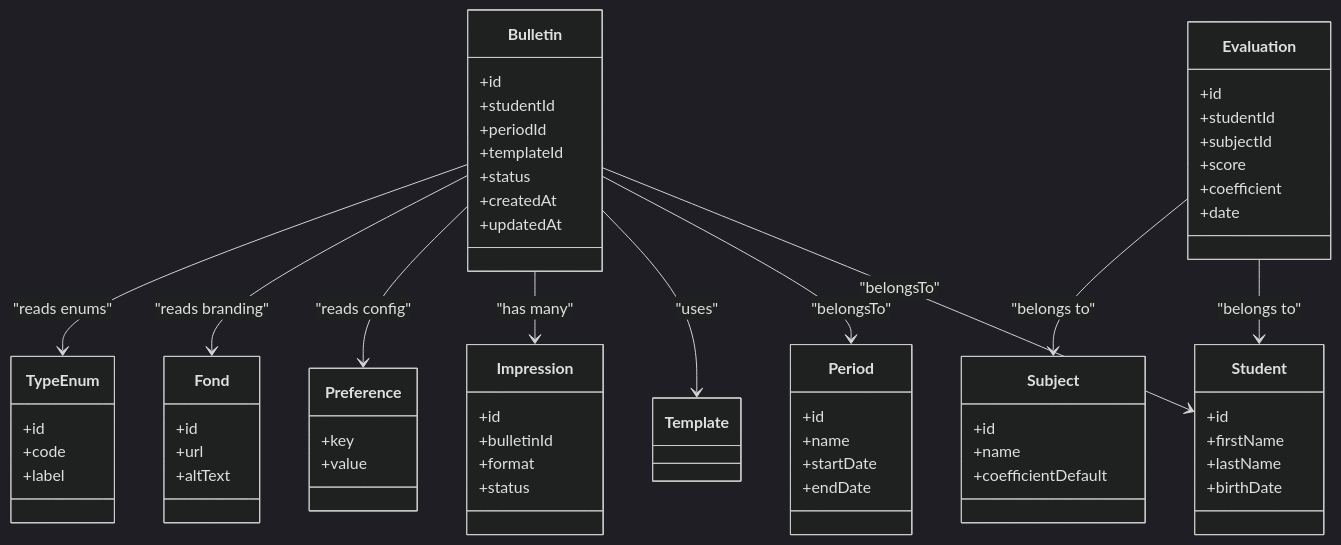
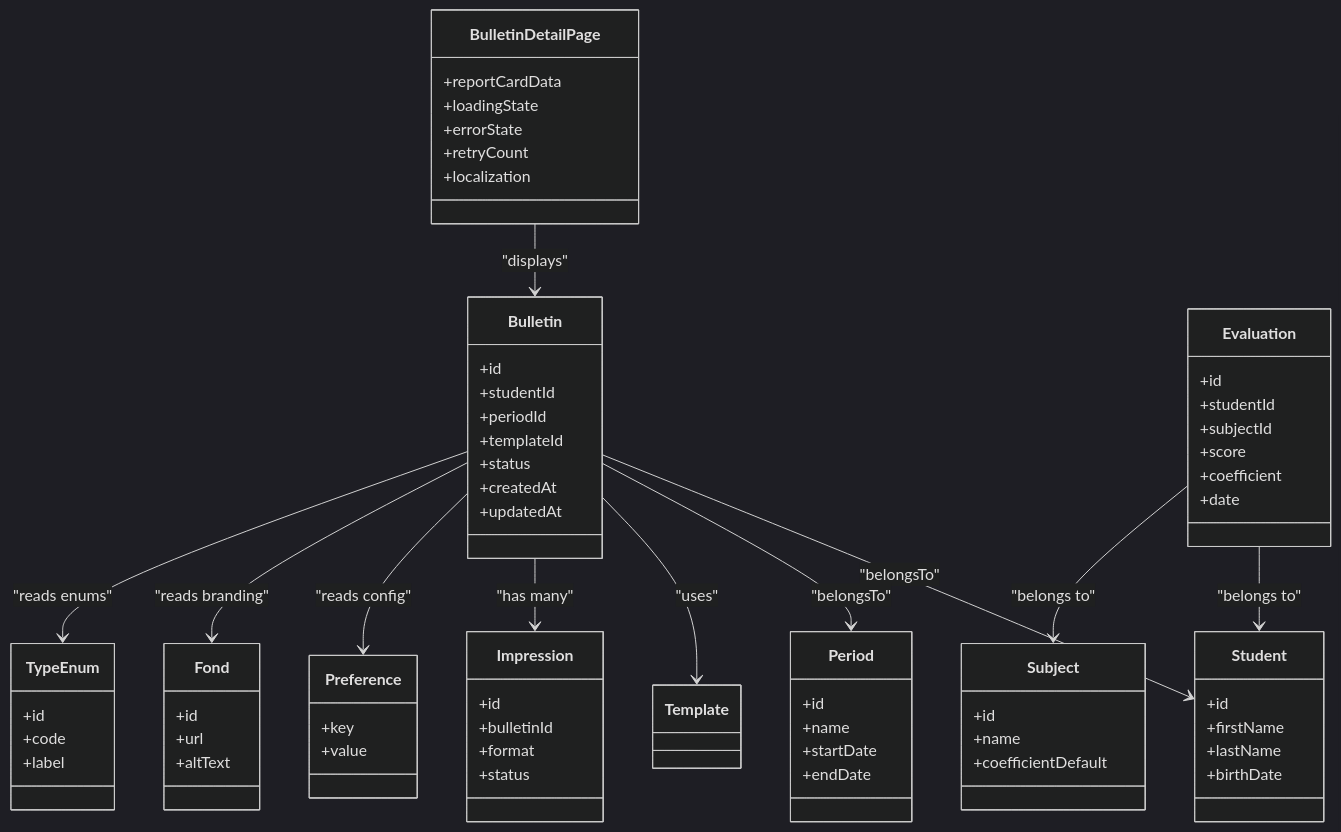
One commit to franckylab/eLISAschool changed the fourth of 8 diagrams in .qoder/repowiki/en/content/Academic Management System/Grade & Evaluation System/Report Card Generation.md. Above: the diagram before and after it, drawn with Mermaid (dark theme). The commit also changed other lines of this file and 49 other files, not shown here.

````diff
--- a/.qoder/repowiki/en/content/Academic Management System/Grade & Evaluation System/Report Card Generation.md
+++ b/.qoder/repowiki/en/content/Academic Management System/Grade & Evaluation System/Report Card Generation.md
@@ -144,66 +195,74 @@
 ```mermaid
 classDiagram
 class Bulletin {
 +id
 +studentId
 +periodId
 +templateId
 +status
 +createdAt
 +updatedAt
 }
 class Evaluation {
 +id
 +studentId
 +subjectId
 +score
 +coefficient
 +date
 }
 class Period {
 +id
 +name
 +startDate
 +endDate
 }
 class Student {
 +id
 +firstName
 +lastName
 +birthDate
 }
 class Subject {
 +id
 +name
 +coefficientDefault
 }
 class Preference {
 +key
 +value
 }
 class Fond {
 +id
 +url
 +altText
 }
 class TypeEnum {
 +id
 +code
 +label
 }
 class Impression {
 +id
 +bulletinId
 +format
 +status
 }
+class BulletinDetailPage {
++reportCardData
++loadingState
++errorState
++retryCount
++localization
+}
 Bulletin --> Student : "belongsTo"
 Bulletin --> Period : "belongsTo"
 Bulletin --> Template : "uses"
 Evaluation --> Student : "belongs to"
 Evaluation --> Subject : "belongs to"
 Bulletin --> Impression : "has many"
 Bulletin --> Preference : "reads config"
 Bulletin --> Fond : "reads branding"
 Bulletin --> TypeEnum : "reads enums"
+BulletinDetailPage --> Bulletin : "displays"
 ```
````
